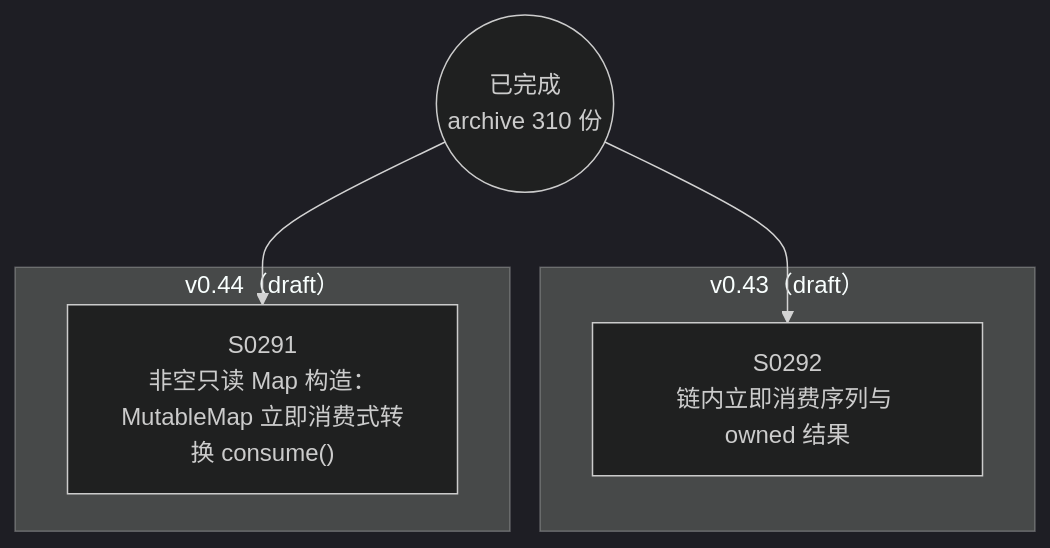
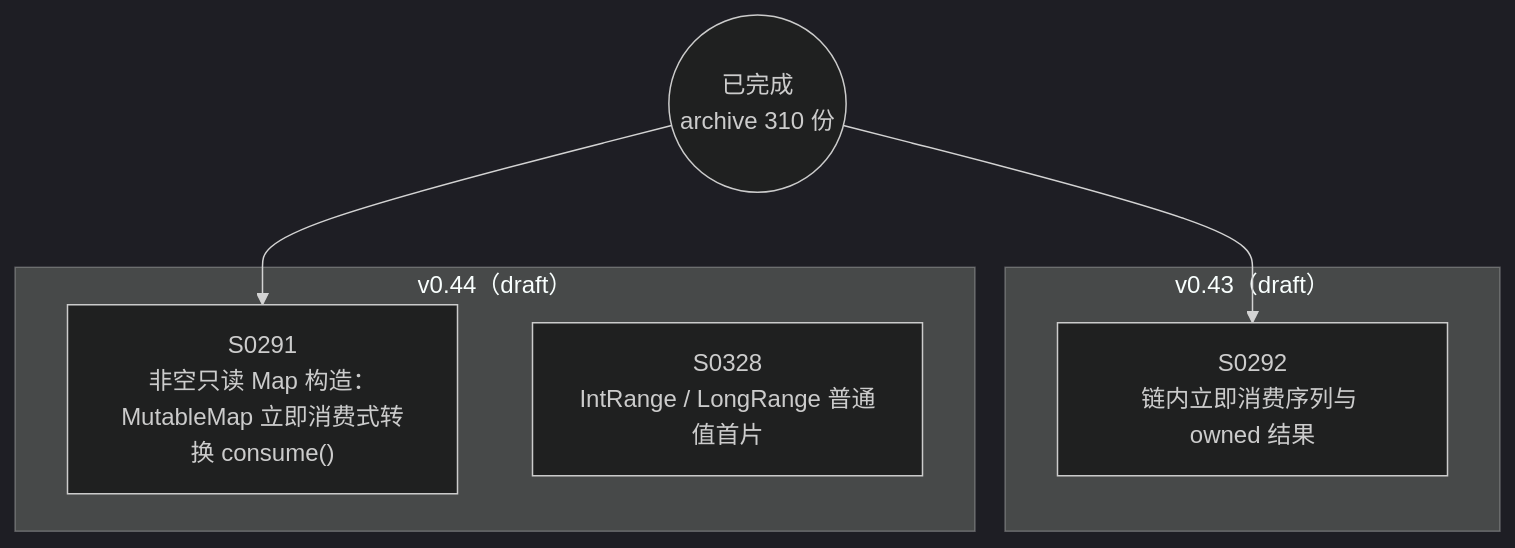
Before and after one commit to Halckon/Koven: the diagram in docs/specs/dependency-graph.md, drawn with Mermaid (dark theme). The commit also changed other lines of this file and 6 other files, not shown here.

````diff
--- a/docs/specs/dependency-graph.md
+++ b/docs/specs/dependency-graph.md
@@ -9,12 +9,13 @@
 ```mermaid
 flowchart TD
 ARCH(("已完成<br/>archive 310 份"))
 subgraph Gdrafts_v043["v0.43（draft）"]
   S0292["S0292<br/>链内立即消费序列与 owned 结果"]
 end
 subgraph Gdrafts_v044["v0.44（draft）"]
   S0291["S0291<br/>非空只读 Map 构造：MutableMap 立即消费式转换 consume()"]
+  S0328["S0328<br/>IntRange / LongRange 普通值首片"]
 end
 ARCH --> S0291
 ARCH --> S0292
 ```
````
